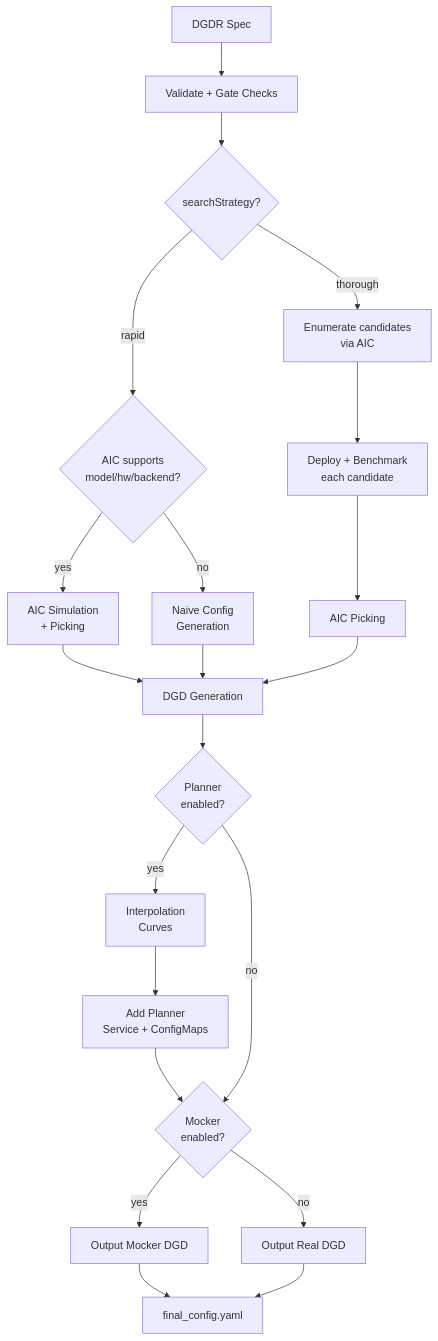
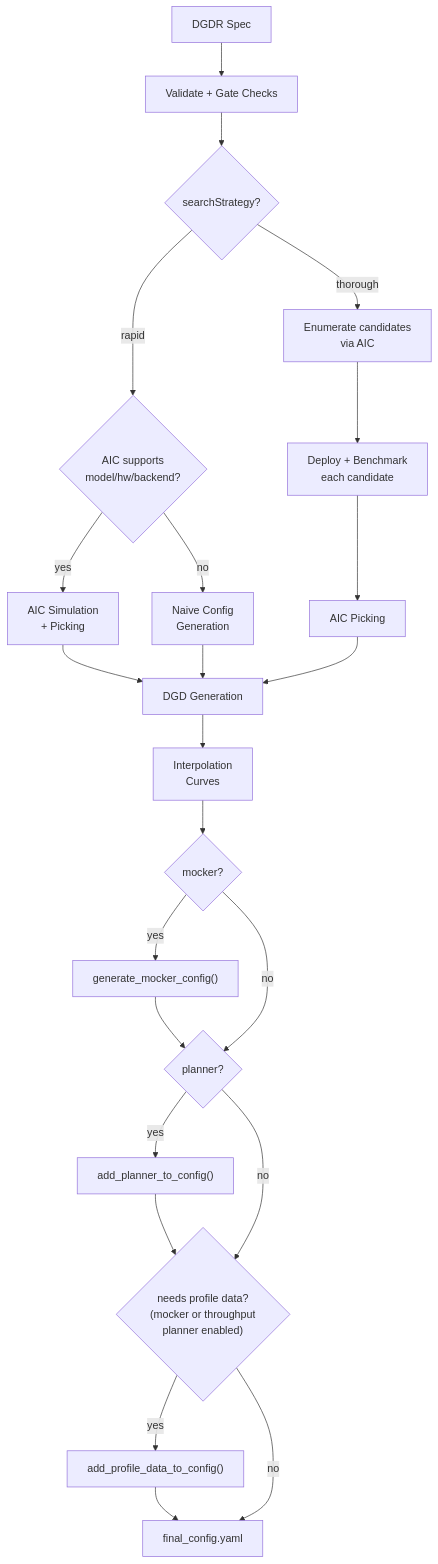
Before and after one commit to ai-dynamo/dynamo: the diagram in docs/components/profiler/profiler-guide.md, drawn with Mermaid. The commit also changed other lines of this file and 4 other files, not shown here.

Commit message:
fix: refactor profiler's dgd generation workflow to correctly generate mocker config (#6848)

````diff
--- a/docs/components/profiler/profiler-guide.md
+++ b/docs/components/profiler/profiler-guide.md
@@ -23,31 +23,31 @@
 ```mermaid
 flowchart TD
     Input["DGDR Spec"] --> Validate["Validate + Gate Checks"]
     Validate --> Strategy{searchStrategy?}
 
     Strategy -->|rapid| AICCheck{"AIC supports\nmodel/hw/backend?"}
     Strategy -->|thorough| Enumerate["Enumerate candidates\nvia AIC"]
 
     AICCheck -->|yes| Simulate["AIC Simulation\n+ Picking"]
     AICCheck -->|no| Naive["Naive Config\nGeneration"]
 
     Enumerate --> Deploy["Deploy + Benchmark\neach candidate"]
     Deploy --> Pick["AIC Picking"]
 
     Simulate --> DGDGen["DGD Generation"]
     Pick --> DGDGen
     Naive --> DGDGen
 
-    DGDGen --> PlannerCheck{"Planner\nenabled?"}
-    PlannerCheck -->|yes| Interpolation["Interpolation\nCurves"]
-    PlannerCheck -->|no| MockerCheck
+    DGDGen --> Interpolation["Interpolation\nCurves"]
 
-    Interpolation --> AddPlanner["Add Planner\nService + ConfigMaps"]
-    AddPlanner --> MockerCheck{"Mocker\nenabled?"}
-
-    MockerCheck -->|yes| Mocker["Output Mocker DGD"]
-    MockerCheck -->|no| RealDGD["Output Real DGD"]
-
-    Mocker --> Final["final_config.yaml"]
-    RealDGD --> Final
+    Interpolation --> MockerCheck{mocker?}
+    MockerCheck -->|yes| MockerBase["generate_mocker_config()"]
+    MockerCheck -->|no| PlannerCheck
+    MockerBase --> PlannerCheck{planner?}
+    PlannerCheck -->|yes| AddPlanner["add_planner_to_config()"]
+    PlannerCheck -->|no| ProfileCheck
+    AddPlanner --> ProfileCheck{"needs profile data?\n(mocker or throughput\nplanner enabled)"}
+    ProfileCheck -->|yes| AddProfile["add_profile_data_to_config()"]
+    ProfileCheck -->|no| Final
+    AddProfile --> Final["final_config.yaml"]
 ```
````
